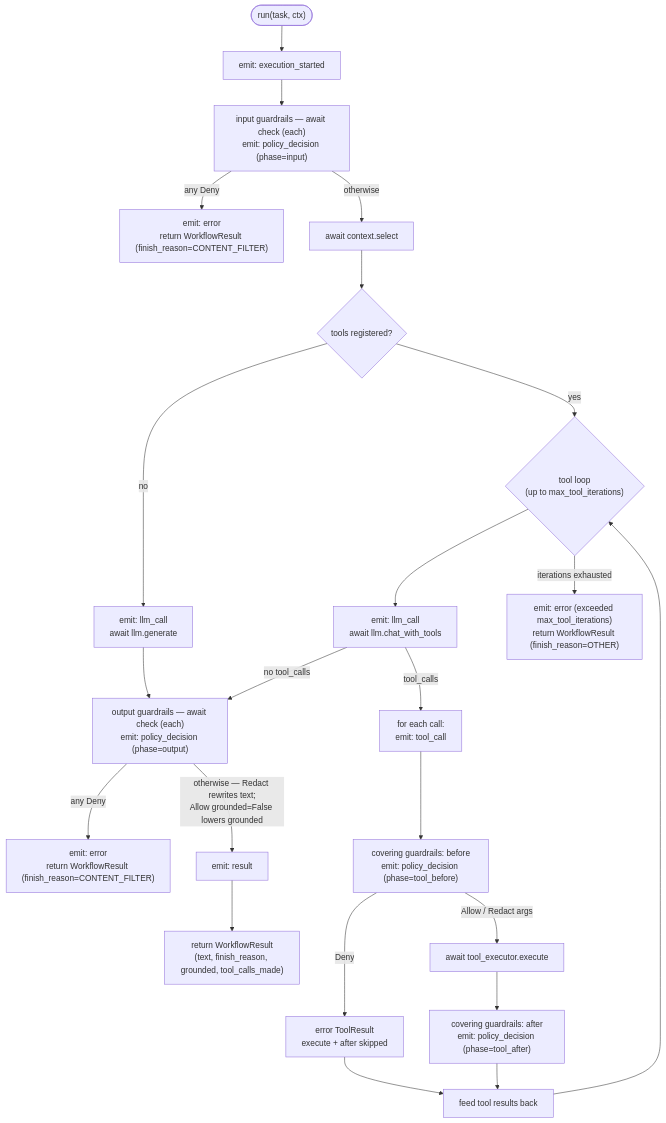
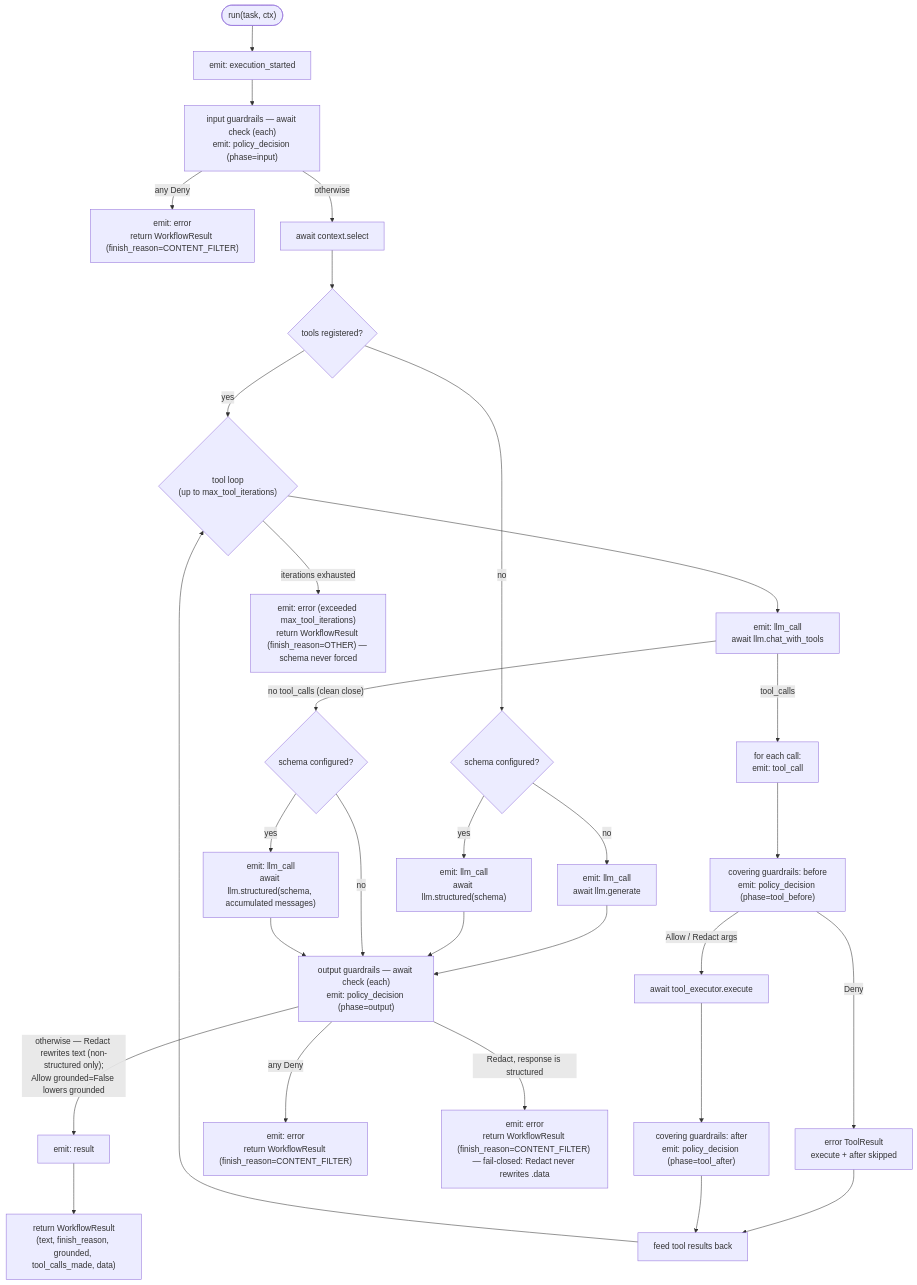
Before and after one commit to acdeveloper-sci/odwi-llm: the diagram in ARCHITECTURE.md, drawn with Mermaid. The commit also changed other lines of this file, not shown here.

Commit message:
docs: ARCHITECTURE.md - Workflow.run() lifecycle diagram for Fase F
The diagram and its notes were still v0.6-shaped. Adds the schema
dispatch on both the no-tools and clean-loop-close paths (never on the
max_tool_iterations-exhausted one) and the Redact-against-structured
fail-closed branch, matching Design v0.7 / orchestration/workflow.py.

````diff
--- a/ARCHITECTURE.md
+++ b/ARCHITECTURE.md
@@ -51,29 +51,35 @@
 ```mermaid
 flowchart TD
     A(["run(task, ctx)"]) --> B["emit: execution_started"]
     B --> C["input guardrails — await check (each)<br/>emit: policy_decision (phase=input)"]
     C -->|"any Deny"| Z1["emit: error<br/>return WorkflowResult (finish_reason=CONTENT_FILTER)"]
     C -->|"otherwise"| D["await context.select"]
     D --> E{"tools registered?"}
-
-    E -->|"no"| F["emit: llm_call<br/>await llm.generate"]
+    E -->|"no"| F0{"schema configured?"}
+    F0 -->|"no"| F["emit: llm_call<br/>await llm.generate"]
+    F0 -->|"yes"| F1["emit: llm_call<br/>await llm.structured(schema)"]
     F --> OUT
+    F1 --> OUT
 
     E -->|"yes"| G{"tool loop<br/>(up to max_tool_iterations)"}
     G --> H["emit: llm_call<br/>await llm.chat_with_tools"]
-    H -->|"no tool_calls"| OUT
     H -->|"tool_calls"| I["for each call:<br/>emit: tool_call"]
     I --> J["covering guardrails: before<br/>emit: policy_decision (phase=tool_before)"]
     J -->|"Deny"| K["error ToolResult<br/>execute + after skipped"]
     J -->|"Allow / Redact args"| L["await tool_executor.execute"]
     L --> M["covering guardrails: after<br/>emit: policy_decision (phase=tool_after)"]
     K --> N["feed tool results back"]
     M --> N
     N --> G
-    G -->|"iterations exhausted"| Y["emit: error (exceeded max_tool_iterations)<br/>return WorkflowResult (finish_reason=OTHER)"]
+    H -->|"no tool_calls (clean close)"| H0{"schema configured?"}
+    H0 -->|"no"| OUT
+    H0 -->|"yes"| H1["emit: llm_call<br/>await llm.structured(schema, accumulated messages)"]
+    H1 --> OUT
+    G -->|"iterations exhausted"| Y["emit: error (exceeded max_tool_iterations)<br/>return WorkflowResult (finish_reason=OTHER) — schema never forced"]
 
     OUT["output guardrails — await check (each)<br/>emit: policy_decision (phase=output)"]
     OUT -->|"any Deny"| Z2["emit: error<br/>return WorkflowResult (finish_reason=CONTENT_FILTER)"]
-    OUT -->|"otherwise — Redact rewrites text;<br/>Allow grounded=False lowers grounded"| P["emit: result"]
-    P --> Q["return WorkflowResult<br/>(text, finish_reason, grounded, tool_calls_made)"]
+    OUT -->|"Redact, response is structured"| Z3["emit: error<br/>return WorkflowResult (finish_reason=CONTENT_FILTER) — fail-closed: Redact never rewrites .data"]
+    OUT -->|"otherwise — Redact rewrites text (non-structured only);<br/>Allow grounded=False lowers grounded"| P["emit: result"]
+    P --> Q["return WorkflowResult<br/>(text, finish_reason, grounded, tool_calls_made, data)"]
 ```
````
